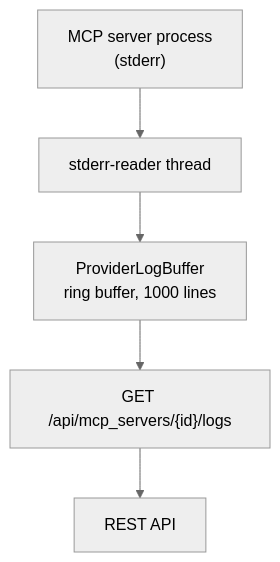
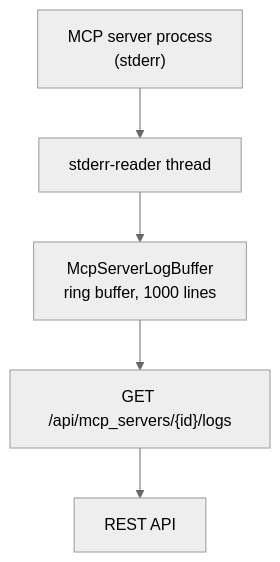
The diagram in guides/LOG_STREAMING.md (mcp-hangar/docs), drawn with Mermaid (neutral theme) before and after one commit. The commit also changed other lines of this file and 5 other files, not shown here.

````diff
--- a/guides/LOG_STREAMING.md
+++ b/guides/LOG_STREAMING.md
@@ -7,10 +7,10 @@
 ```mermaid
 flowchart TD
     proc["MCP server process<br/>(stderr)"]
     reader["stderr-reader thread"]
-    buffer["ProviderLogBuffer<br/>ring buffer, 1000 lines"]
+    buffer["McpServerLogBuffer<br/>ring buffer, 1000 lines"]
     endpoint["GET /api/mcp_servers/{id}/logs"]
     api["REST API"]
 
     proc --> reader --> buffer --> endpoint --> api
 ```
````
